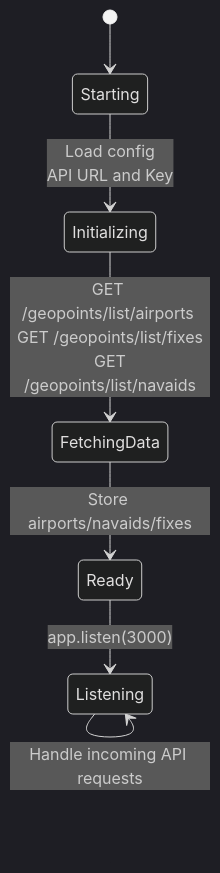
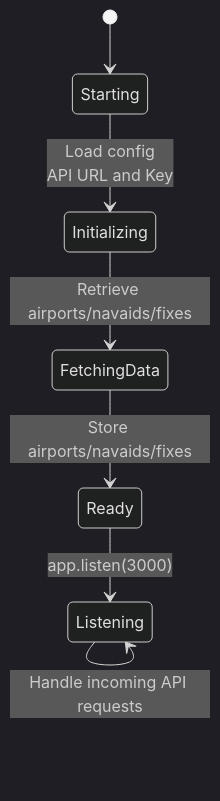
Before and after one commit to ST-tienhon/flightplan-server: the third of 5 diagrams in README.md, drawn with Mermaid (dark theme). The commit also changed other lines of this file, not shown here.

````diff
--- a/README.md
+++ b/README.md
@@ -222,14 +163,11 @@
 ```mermaid
 stateDiagram-v2
 
     [*] --> Starting
 
     Starting --> Initializing : Load config <br/> API URL and Key
-    Initializing --> FetchingData : GET /geopoints/list/airports <br/> GET /geopoints/list/fixes <br/> GET /geopoints/list/navaids
-
+    Initializing --> FetchingData : Retrieve airports/navaids/fixes
     FetchingData --> Ready : Store airports/navaids/fixes
-
     Ready --> Listening : app.listen(3000)
-
     Listening --> Listening : Handle incoming API requests
 ```
````
